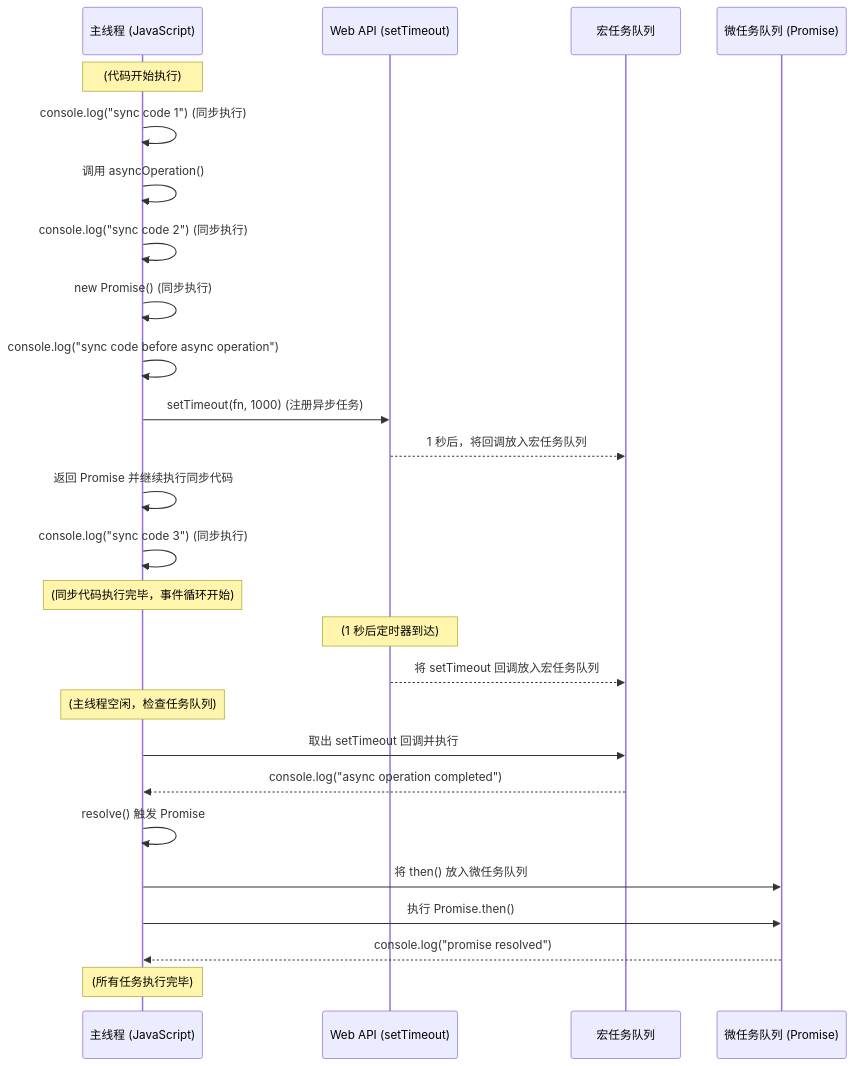
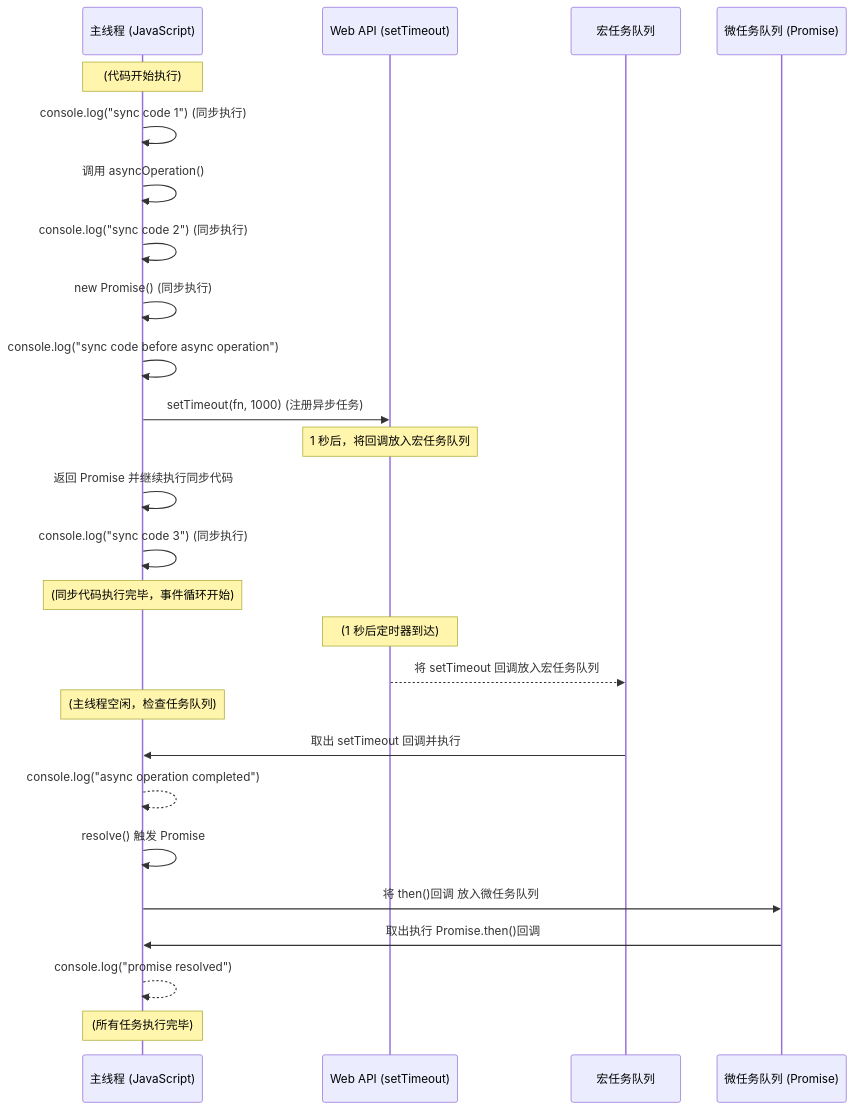
The diagram in blog/promise/index.mdx (marvin-season/blog-website), drawn with Mermaid before and after one commit.

Commit message:
fix：优化主线程执行mermaid图

````diff
--- a/blog/promise/index.mdx
+++ b/blog/promise/index.mdx
@@ -68,41 +68,41 @@
 ```mermaid
 sequenceDiagram
     participant MainThread as 主线程 (JavaScript)
     participant WebAPI as Web API (setTimeout)
     participant MacroTaskQueue as 宏任务队列
     participant MicroTaskQueue as 微任务队列 (Promise)
 
     Note over MainThread: (代码开始执行)
     
     MainThread->>MainThread: console.log("sync code 1") (同步执行)
 
     MainThread->>MainThread: 调用 asyncOperation()
     MainThread->>MainThread: console.log("sync code 2") (同步执行)
     
     MainThread->>MainThread: new Promise() (同步执行)
     MainThread->>MainThread: console.log("sync code before async operation")
     
     MainThread->>WebAPI: setTimeout(fn, 1000) (注册异步任务)
-    WebAPI-->>MacroTaskQueue: 1 秒后，将回调放入宏任务队列
+    Note over WebAPI: 1 秒后，将回调放入宏任务队列
     
     MainThread->>MainThread: 返回 Promise 并继续执行同步代码
     MainThread->>MainThread: console.log("sync code 3") (同步执行)
     
     Note over MainThread: (同步代码执行完毕，事件循环开始)
 
     Note over WebAPI: (1 秒后定时器到达)
     WebAPI-->>MacroTaskQueue: 将 setTimeout 回调放入宏任务队列
 
     Note over MainThread: (主线程空闲，检查任务队列)
 
-    MainThread->>MacroTaskQueue: 取出 setTimeout 回调并执行
-    MacroTaskQueue-->>MainThread: console.log("async operation completed")
+    MacroTaskQueue->>MainThread: 取出 setTimeout 回调并执行
+    MainThread-->>MainThread: console.log("async operation completed")
     
     MainThread->>MainThread: resolve() 触发 Promise
-    MainThread->>MicroTaskQueue: 将 then() 放入微任务队列
+    MainThread->>MicroTaskQueue: 将 then()回调 放入微任务队列
     
-    MainThread->>MicroTaskQueue: 执行 Promise.then()
-    MicroTaskQueue-->>MainThread: console.log("promise resolved")
+    MicroTaskQueue->>MainThread: 取出执行 Promise.then()回调
+    MainThread-->>MainThread: console.log("promise resolved")
 
     Note over MainThread: (所有任务执行完毕)
 ```
````
